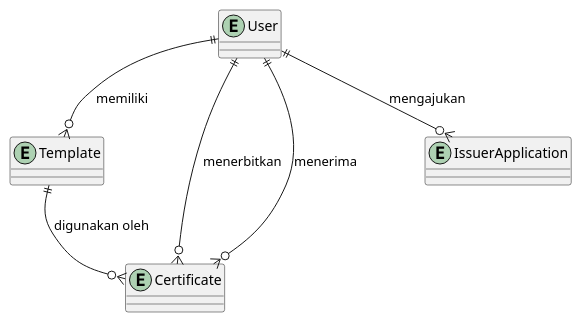
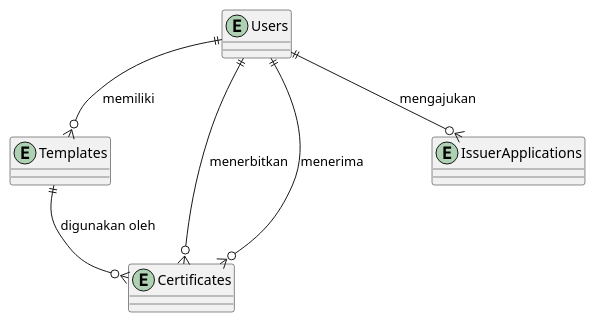
One commit to Aguh18/Skripsi-Projek-Penerbitan-Sertifikat-Berbasis-Blockhain-Polygon changed the diagram in plantuml/erd/erd_relationship.puml. Above: the diagram before and after it, drawn with PlantUML. The commit also changed 3 other files, not shown here.

```diff
--- a/plantuml/erd/erd_relationship.puml
+++ b/plantuml/erd/erd_relationship.puml
@@ -1,12 +1,12 @@
 @startuml
-entity User
-entity Template
-entity Certificate
-entity IssuerApplication
+entity Users
+entity Templates
+entity Certificates
+entity IssuerApplications
 
-User ||--o{ Template : "memiliki"
-User ||--o{ Certificate : "menerbitkan"
-User ||--o{ Certificate : "menerima"
-Template ||--o{ Certificate : "digunakan oleh"
-User ||--o{ IssuerApplication : "mengajukan"
+Users ||--o{ Templates : "memiliki"
+Users ||--o{ Certificates : "menerbitkan"
+Users ||--o{ Certificates : "menerima"
+Templates ||--o{ Certificates : "digunakan oleh"
+Users ||--o{ IssuerApplications : "mengajukan"
 @enduml 
```
